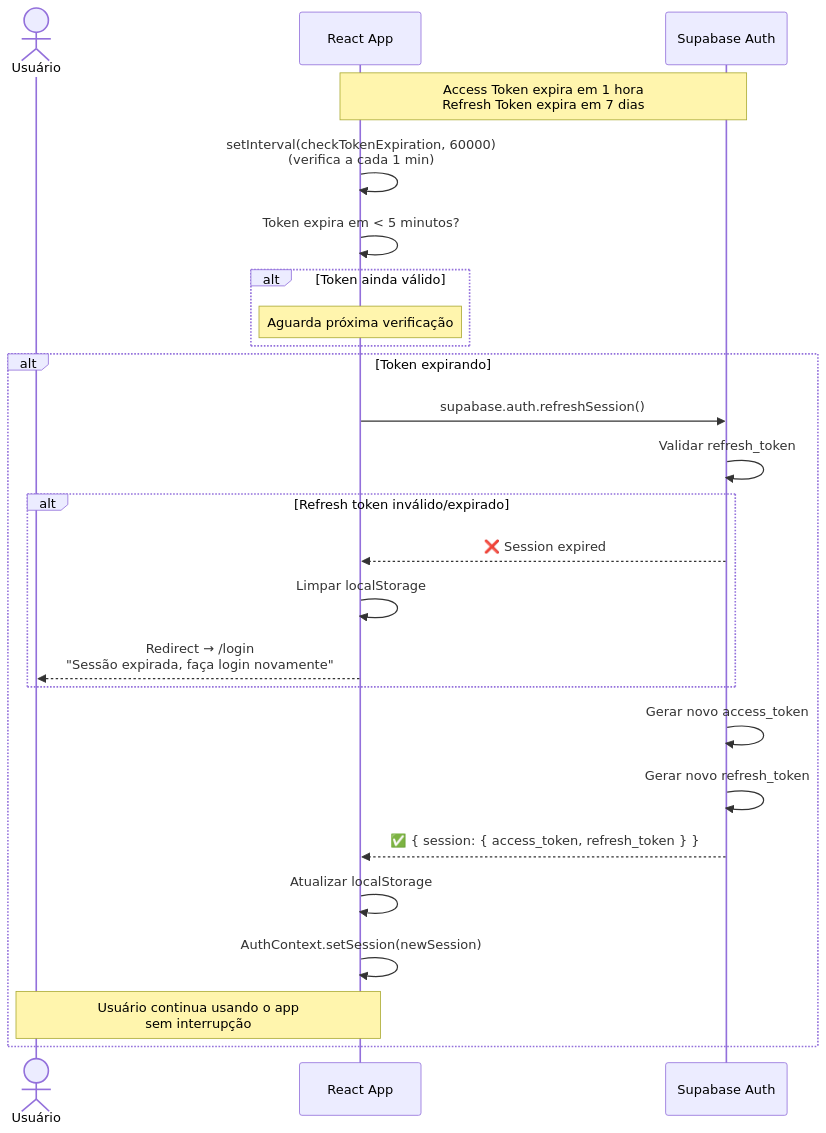
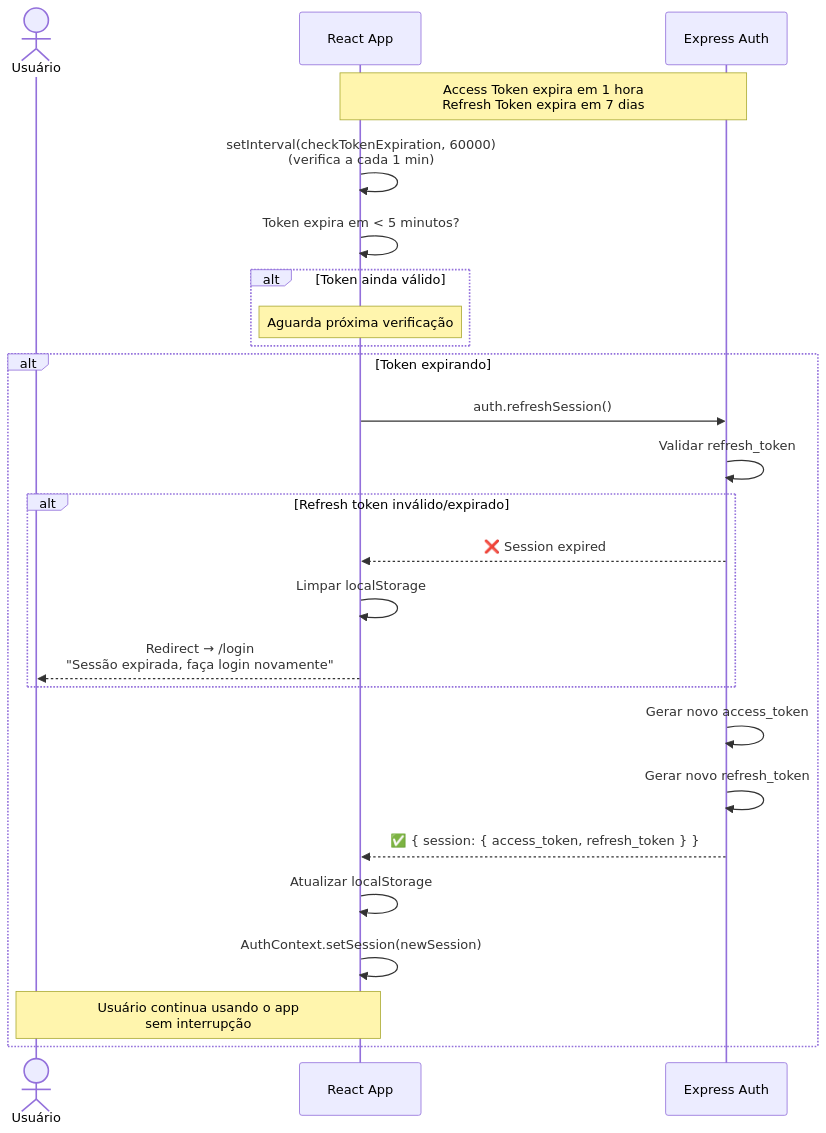
The third of 6 diagrams in docs/DIAGRAMAS/06-FLUXO-AUTENTICACAO.md (B0yZ4kr14/ortho-plus-modules-07b53a29), drawn with Mermaid before and after one commit. The commit also changed other lines of this file and 112 other files, not shown here.

First line of the commit message:
docs: add migration guides, architecture docs, and validation reports

````diff
--- a/docs/DIAGRAMAS/06-FLUXO-AUTENTICACAO.md
+++ b/docs/DIAGRAMAS/06-FLUXO-AUTENTICACAO.md
@@ -123,38 +123,38 @@
 ```mermaid
 sequenceDiagram
     actor User as Usuário
     participant UI as React App
-    participant Auth as Supabase Auth
+    participant Auth as Express Auth
 
     Note over UI,Auth: Access Token expira em 1 hora<br/>Refresh Token expira em 7 dias
 
     UI->>UI: setInterval(checkTokenExpiration, 60000)<br/>(verifica a cada 1 min)
     
     UI->>UI: Token expira em < 5 minutos?
     
     alt Token ainda válido
         Note over UI: Aguarda próxima verificação
     end
     
     alt Token expirando
-        UI->>Auth: supabase.auth.refreshSession()
+        UI->>Auth: auth.refreshSession()
         
         Auth->>Auth: Validar refresh_token
         
         alt Refresh token inválido/expirado
             Auth-->>UI: ❌ Session expired
             UI->>UI: Limpar localStorage
             UI-->>User: Redirect → /login<br/>"Sessão expirada, faça login novamente"
         end
         
         Auth->>Auth: Gerar novo access_token
         Auth->>Auth: Gerar novo refresh_token
         
         Auth-->>UI: ✅ { session: { access_token, refresh_token } }
         
         UI->>UI: Atualizar localStorage
         UI->>UI: AuthContext.setSession(newSession)
         
         Note over UI,User: Usuário continua usando o app<br/>sem interrupção
     end
 ```
````
